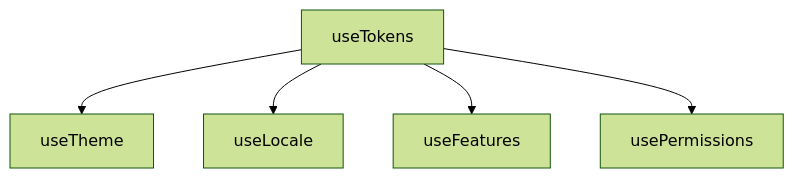
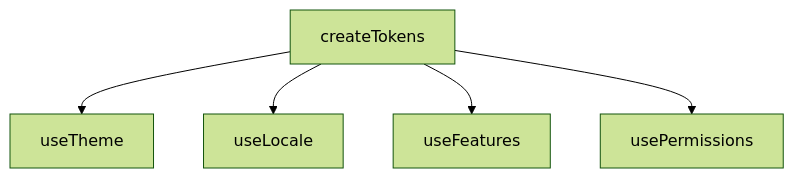
One commit to vuetifyjs/0 changed the diagram in apps/docs/src/pages/composables/registration/create-tokens.md. Above: the diagram before and after it, drawn with Mermaid (forest theme). The commit also changed other lines of this file and 33 other files, not shown here.

First line of the commit message:
refactor: rename useTokens to createTokens and audit docs

````diff
--- a/apps/docs/src/pages/composables/registration/create-tokens.md
+++ b/apps/docs/src/pages/composables/registration/create-tokens.md
@@ -63,7 +63,7 @@
 ```mermaid "Tokens Hierarchy"
 flowchart TD
-  useTokens --> useTheme
-  useTokens --> useLocale
-  useTokens --> useFeatures
-  useTokens --> usePermissions
+  createTokens --> useTheme
+  createTokens --> useLocale
+  createTokens --> useFeatures
+  createTokens --> usePermissions
 ```
````
